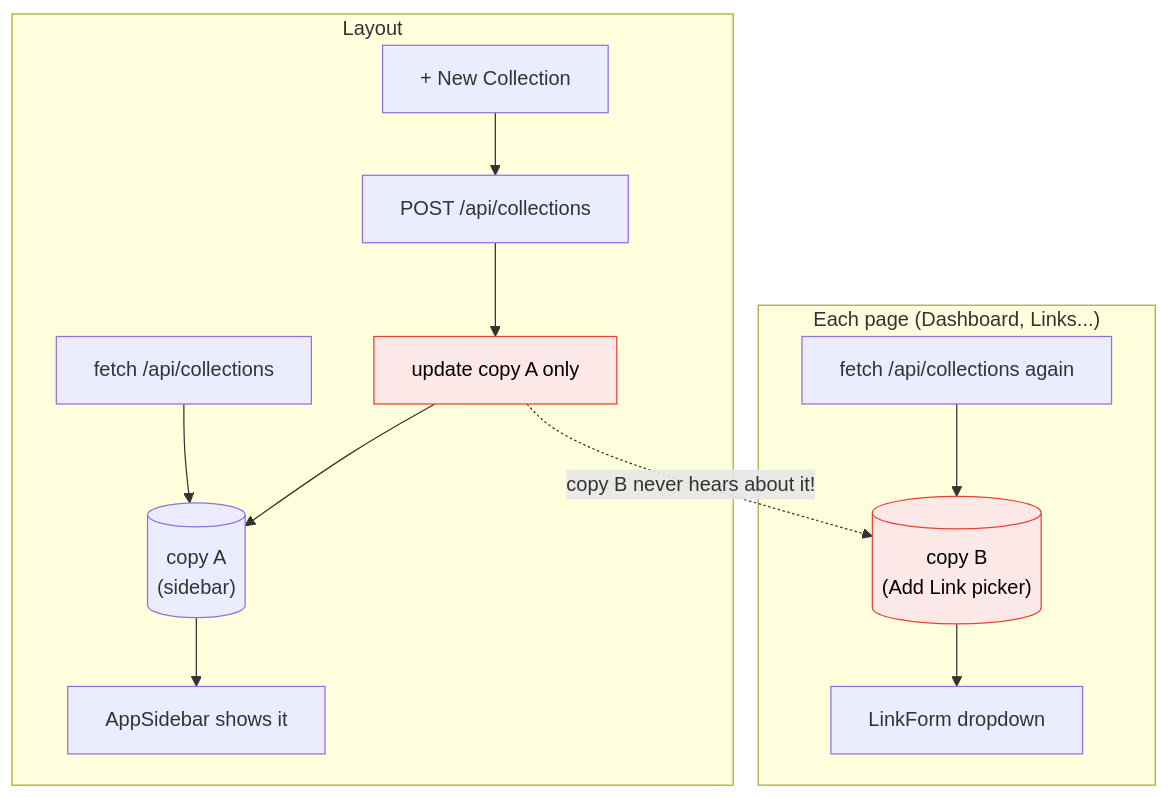
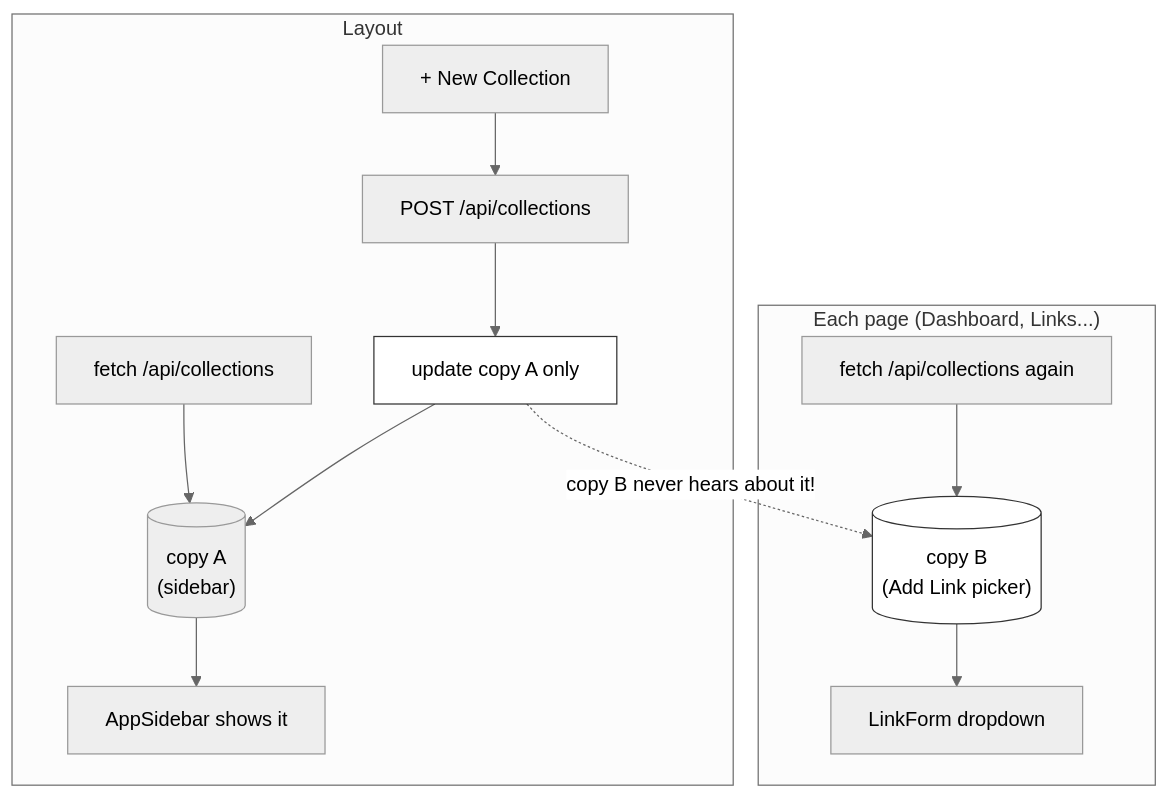
The eighth of 23 diagrams in docs/ARCHITECTURE.md (n10nce/project), drawn with Mermaid before and after one commit. The commit also changed other lines of this file and 24 other files, not shown here.

````diff
--- a/docs/ARCHITECTURE.md
+++ b/docs/ARCHITECTURE.md
@@ -325,20 +332,21 @@
 ```mermaid
+%%{init: {'theme':'neutral'}}%%
 flowchart TD
     subgraph Layout["Layout"]
         LFetch["fetch /api/collections"] --> LState[("copy A<br/>(sidebar)")]
         LState --> SB["AppSidebar shows it"]
         NewBtn["+ New Collection"] --> Create["POST /api/collections"]
         Create --> AddA["update copy A only"]
         AddA --> LState
     end
 
     subgraph Pg["Each page (Dashboard, Links...)"]
         PFetch["fetch /api/collections again"] --> PState[("copy B<br/>(Add Link picker)")]
         PState --> LF["LinkForm dropdown"]
     end
 
     AddA -.->|"copy B never hears about it!"| PState
 
-    style AddA fill:#fce8e6,stroke:#ea4335,color:#000
-    style PState fill:#fce8e6,stroke:#ea4335,color:#000
+    style AddA fill:#ffffff,stroke:#333333,color:#000
+    style PState fill:#ffffff,stroke:#333333,color:#000
 ```
````
